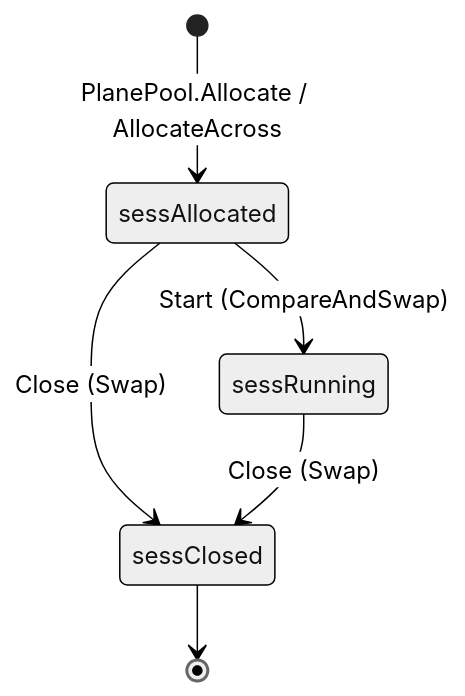
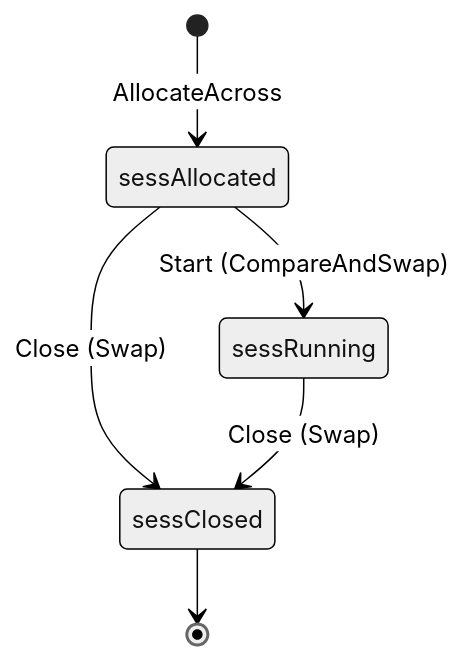
The seventh of 18 diagrams in docs/design.md (aicc2025/freesbc), drawn with Mermaid (neutral theme) before and after one commit. The commit also changed other lines of this file and 30 other files, not shown here.

````diff
--- a/docs/design.md
+++ b/docs/design.md
@@ -2349,8 +1669,8 @@
 ```mermaid
 stateDiagram-v2
-    [*] --> sessAllocated: PlanePool.Allocate / AllocateAcross
+    [*] --> sessAllocated: AllocateAcross
     sessAllocated --> sessRunning: Start (CompareAndSwap)
     sessAllocated --> sessClosed: Close (Swap)
     sessRunning --> sessClosed: Close (Swap)
     sessClosed --> [*]
 ```
````
